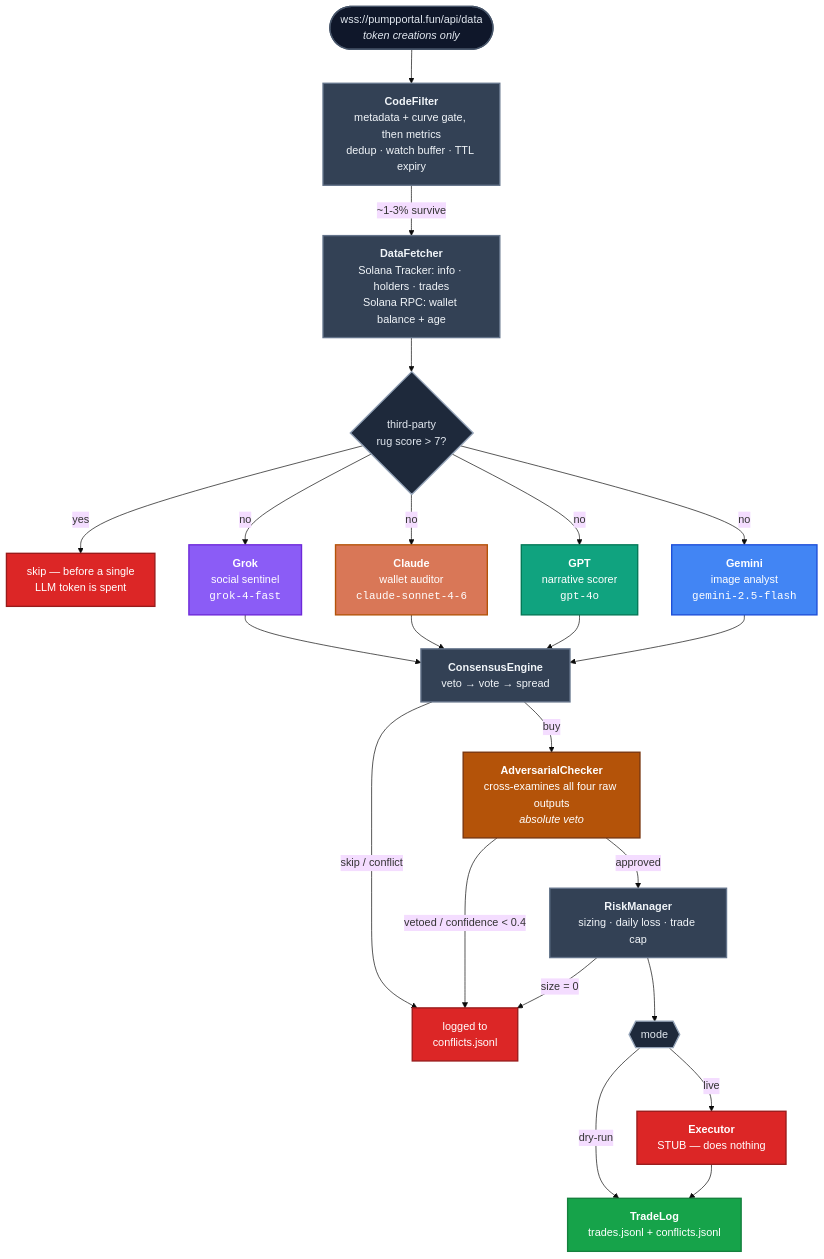
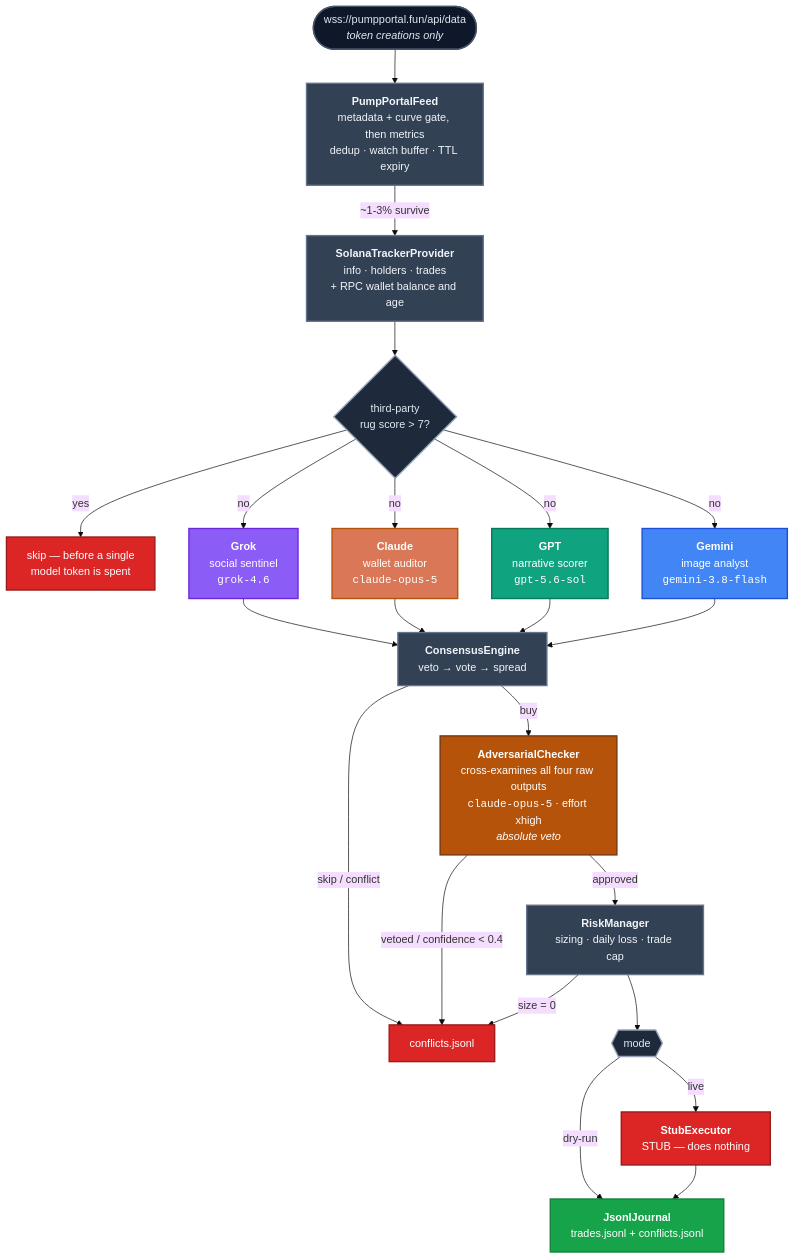
Before and after one commit to zostaff/grok-claude-gpt-gemini-trading-desk: the first of 6 diagrams in README.md, drawn with Mermaid (base theme). The commit also changed other lines of this file and 87 other files, not shown here.

````diff
--- a/README.md
+++ b/README.md
@@ -40,41 +44,41 @@
 ```mermaid
 flowchart TD
     WS(["wss://pumpportal.fun/api/data<br/><i>token creations only</i>"]):::feed
 
-    WS --> F["<b>CodeFilter</b><br/>metadata + curve gate, then metrics<br/>dedup · watch buffer · TTL expiry"]:::stage
-    F -->|"~1-3% survive"| D["<b>DataFetcher</b><br/>Solana Tracker: info · holders · trades<br/>Solana RPC: wallet balance + age"]:::stage
+    WS --> F["<b>PumpPortalFeed</b><br/>metadata + curve gate, then metrics<br/>dedup · watch buffer · TTL expiry"]:::stage
+    F -->|"~1-3% survive"| D["<b>SolanaTrackerProvider</b><br/>info · holders · trades<br/>+ RPC wallet balance and age"]:::stage
     D --> RG{"third-party<br/>rug score &gt; 7?"}:::gate
-    RG -->|yes| X1["skip — before a single<br/>LLM token is spent"]:::reject
+    RG -->|yes| X1["skip — before a single<br/>model token is spent"]:::reject
 
-    RG -->|no| G["<b>Grok</b><br/>social sentinel<br/><code>grok-4-fast</code>"]:::grok
-    RG -->|no| C["<b>Claude</b><br/>wallet auditor<br/><code>claude-sonnet-4-6</code>"]:::claude
-    RG -->|no| P["<b>GPT</b><br/>narrative scorer<br/><code>gpt-4o</code>"]:::gpt
-    RG -->|no| M["<b>Gemini</b><br/>image analyst<br/><code>gemini-2.5-flash</code>"]:::gemini
+    RG -->|no| G["<b>Grok</b><br/>social sentinel<br/><code>grok-4.6</code>"]:::grok
+    RG -->|no| C["<b>Claude</b><br/>wallet auditor<br/><code>claude-opus-5</code>"]:::claude
+    RG -->|no| P["<b>GPT</b><br/>narrative scorer<br/><code>gpt-5.6-sol</code>"]:::gpt
+    RG -->|no| M["<b>Gemini</b><br/>image analyst<br/><code>gemini-3.8-flash</code>"]:::gemini
 
     G --> CE
     C --> CE
     P --> CE
     M --> CE
 
     CE["<b>ConsensusEngine</b><br/>veto → vote → spread"]:::stage
-    CE -->|"skip / conflict"| X2["logged to<br/>conflicts.jsonl"]:::reject
-    CE -->|buy| AC["<b>AdversarialChecker</b><br/>cross-examines all four raw outputs<br/><i>absolute veto</i>"]:::checker
+    CE -->|"skip / conflict"| X2["conflicts.jsonl"]:::reject
+    CE -->|buy| AC["<b>AdversarialChecker</b><br/>cross-examines all four raw outputs<br/><code>claude-opus-5</code> · effort xhigh<br/><i>absolute veto</i>"]:::checker
     AC -->|"vetoed / confidence &lt; 0.4"| X2
     AC -->|approved| RM["<b>RiskManager</b><br/>sizing · daily loss · trade cap"]:::stage
     RM -->|"size = 0"| X2
     RM --> EX{{"mode"}}:::gate
-    EX -->|dry-run| LOG["<b>TradeLog</b><br/>trades.jsonl + conflicts.jsonl"]:::ok
-    EX -->|live| ST["<b>Executor</b><br/>STUB — does nothing"]:::reject
+    EX -->|dry-run| LOG["<b>JsonlJournal</b><br/>trades.jsonl + conflicts.jsonl"]:::ok
+    EX -->|live| ST["<b>StubExecutor</b><br/>STUB — does nothing"]:::reject
     ST --> LOG
 
     classDef feed fill:#0f172a,stroke:#475569,stroke-width:2px,color:#e2e8f0
     classDef stage fill:#334155,stroke:#64748b,stroke-width:2px,color:#f1f5f9
     classDef gate fill:#1e293b,stroke:#94a3b8,stroke-width:2px,color:#e2e8f0
     classDef grok fill:#8b5cf6,stroke:#6d28d9,stroke-width:2px,color:#fff
     classDef claude fill:#d97757,stroke:#b45309,stroke-width:2px,color:#fff
     classDef gpt fill:#10a37f,stroke:#047857,stroke-width:2px,color:#fff
     classDef gemini fill:#4285f4,stroke:#1d4ed8,stroke-width:2px,color:#fff
     classDef checker fill:#b45309,stroke:#78350f,stroke-width:2px,color:#fff
     classDef reject fill:#dc2626,stroke:#991b1b,stroke-width:2px,color:#fff
     classDef ok fill:#16a34a,stroke:#15803d,stroke-width:2px,color:#fff
 ```
````
